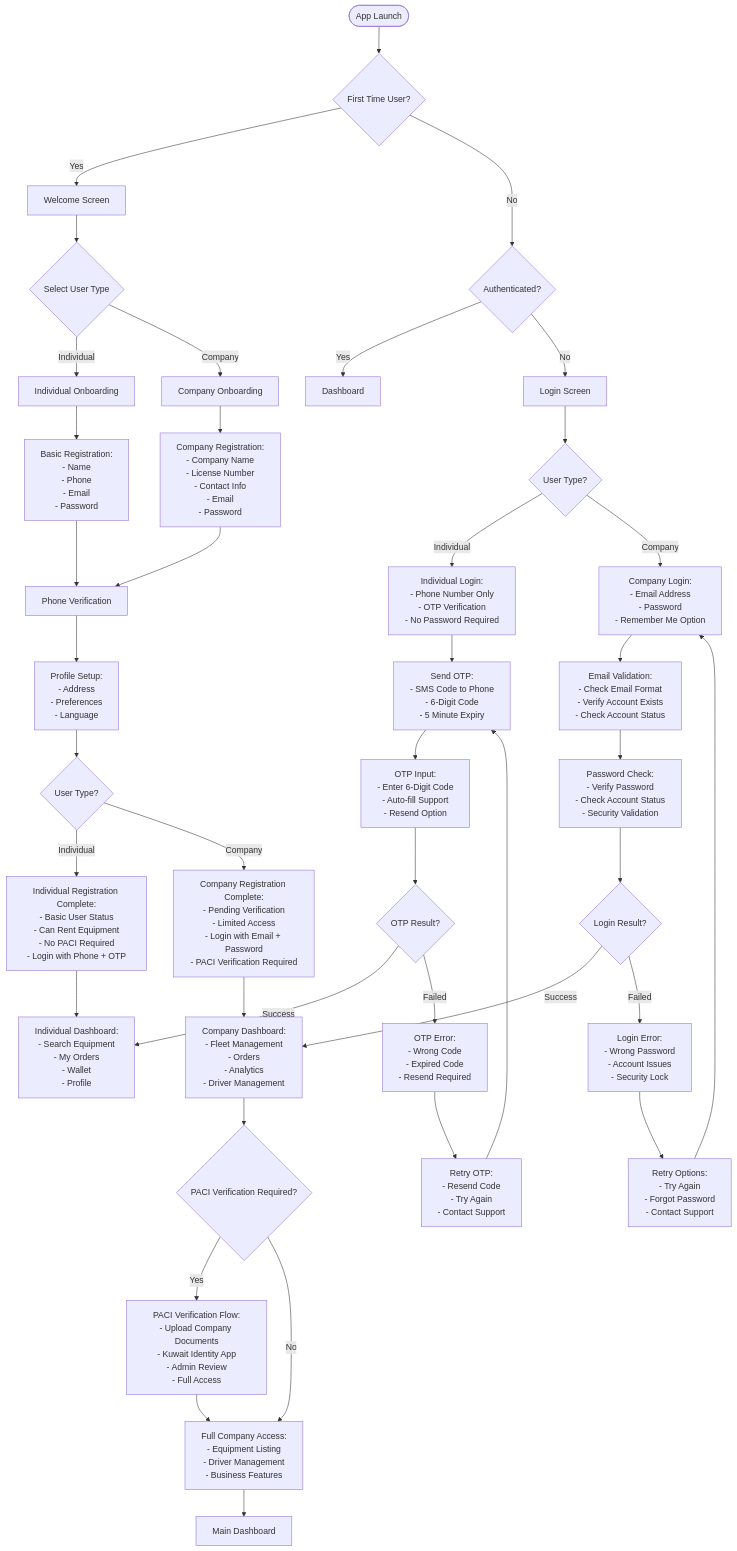
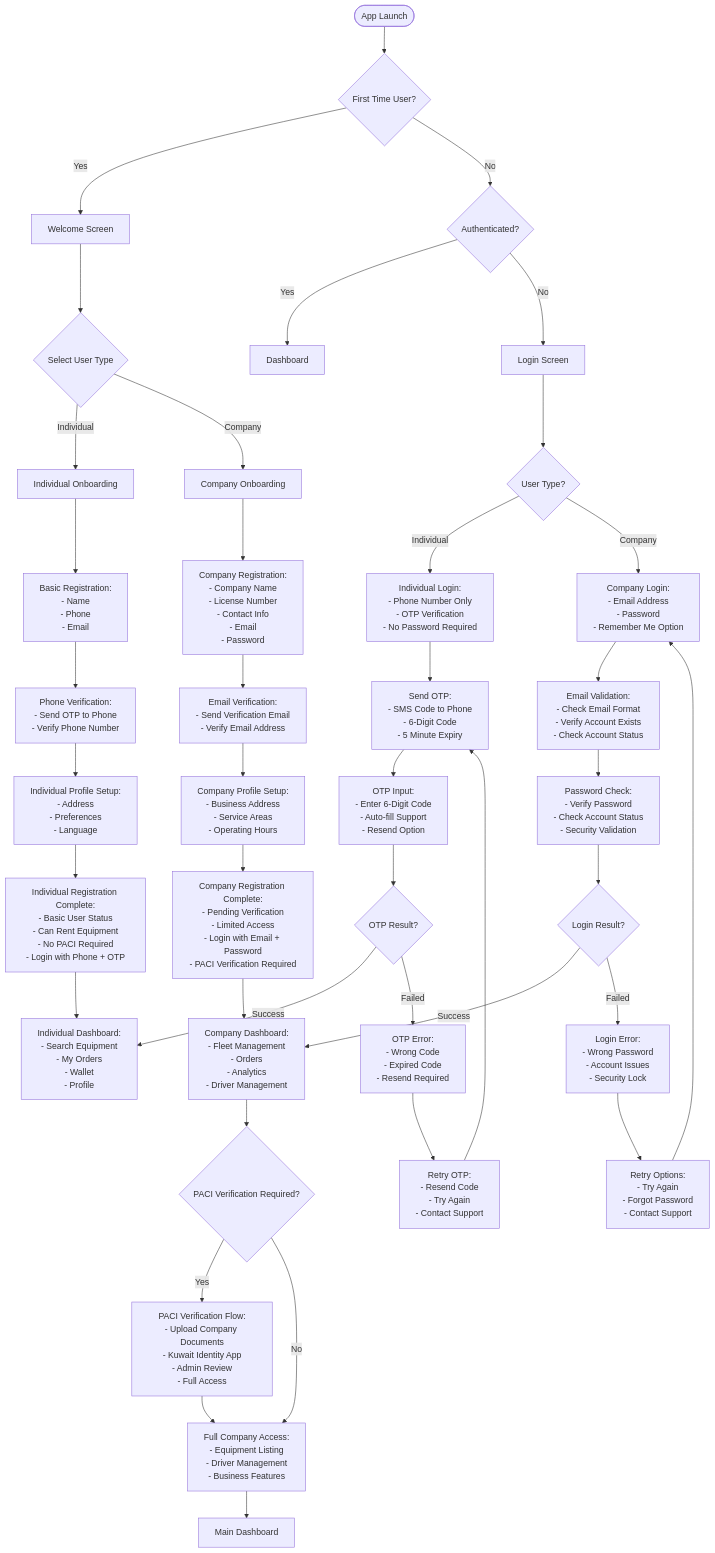
One commit to engaotb/YARDR changed the first of 25 diagrams in 04_User_Experience_Flows.md. Above: the diagram before and after it, drawn with Mermaid.

Commit message:
Fix verification process - separate for individuals and companies
- Individual Users: Phone verification only (no email verification)
- Company Users: Email verification only (no phone verification)
- Removed password from individual registration
- Clear separation of verification processes
- Individual: Phone + OTP → Profile Setup → Complete
- Company: Email + Password → Email Verification → Profile Setup → Complete
- Fixed flow logic to match actual requirements

````diff
--- a/04_User_Experience_Flows.md
+++ b/04_User_Experience_Flows.md
@@ -36,62 +36,62 @@
 ```mermaid
 flowchart TD
     Start([App Launch]) --> FirstTime{First Time User?}
     
     FirstTime -->|Yes| Welcome[Welcome Screen]
     FirstTime -->|No| AuthCheck{Authenticated?}
     
     Welcome --> UserType{Select User Type}
     UserType -->|Individual| IndividualOnboarding[Individual Onboarding]
     UserType -->|Company| CompanyOnboarding[Company Onboarding]
     
-    IndividualOnboarding --> BasicRegistration[Basic Registration:<br/>- Name<br/>- Phone<br/>- Email<br/>- Password]
+    IndividualOnboarding --> BasicRegistration[Basic Registration:<br/>- Name<br/>- Phone<br/>- Email]
     CompanyOnboarding --> CompanyRegistration[Company Registration:<br/>- Company Name<br/>- License Number<br/>- Contact Info<br/>- Email<br/>- Password]
     
-    BasicRegistration --> PhoneVerification[Phone Verification]
-    CompanyRegistration --> PhoneVerification
+    BasicRegistration --> PhoneVerification[Phone Verification:<br/>- Send OTP to Phone<br/>- Verify Phone Number]
+    CompanyRegistration --> EmailVerification[Email Verification:<br/>- Send Verification Email<br/>- Verify Email Address]
     
-    PhoneVerification --> ProfileSetup[Profile Setup:<br/>- Address<br/>- Preferences<br/>- Language]
+    PhoneVerification --> IndividualProfileSetup[Individual Profile Setup:<br/>- Address<br/>- Preferences<br/>- Language]
+    EmailVerification --> CompanyProfileSetup[Company Profile Setup:<br/>- Business Address<br/>- Service Areas<br/>- Operating Hours]
     
-    ProfileSetup --> UserTypeCheck{User Type?}
-    UserTypeCheck -->|Individual| IndividualComplete[Individual Registration Complete:<br/>- Basic User Status<br/>- Can Rent Equipment<br/>- No PACI Required<br/>- Login with Phone + OTP]
-    UserTypeCheck -->|Company| CompanyComplete[Company Registration Complete:<br/>- Pending Verification<br/>- Limited Access<br/>- Login with Email + Password<br/>- PACI Verification Required]
+    IndividualProfileSetup --> IndividualComplete[Individual Registration Complete:<br/>- Basic User Status<br/>- Can Rent Equipment<br/>- No PACI Required<br/>- Login with Phone + OTP]
+    CompanyProfileSetup --> CompanyComplete[Company Registration Complete:<br/>- Pending Verification<br/>- Limited Access<br/>- Login with Email + Password<br/>- PACI Verification Required]
     
     IndividualComplete --> IndividualDashboard[Individual Dashboard:<br/>- Search Equipment<br/>- My Orders<br/>- Wallet<br/>- Profile Settings]
     CompanyComplete --> CompanyDashboard[Company Dashboard:<br/>- Pending Verification<br/>- Upload Documents<br/>- PACI Verification<br/>- Limited Features]
     
     CompanyDashboard --> PACIRequired{PACI Verification Required?}
     PACIRequired -->|Yes| PACIFlow[PACI Verification Flow:<br/>- Upload Company Documents<br/>- Kuwait Identity App<br/>- Admin Review<br/>- Full Access]
     PACIRequired -->|No| FullCompanyAccess[Full Company Access:<br/>- Equipment Listing<br/>- Driver Management<br/>- Business Features]
     
     PACIFlow --> FullCompanyAccess
     FullCompanyAccess --> MainDashboard[Main Dashboard]
     
     AuthCheck -->|Yes| Dashboard
     AuthCheck -->|No| Login[Login Screen]
     Login --> UserTypeLogin{User Type?}
     UserTypeLogin -->|Individual| IndividualLogin[Individual Login:<br/>- Phone Number Only<br/>- OTP Verification<br/>- No Password Required]
     UserTypeLogin -->|Company| CompanyLogin[Company Login:<br/>- Email Address<br/>- Password<br/>- Remember Me Option]
     
     IndividualLogin --> SendOTP[Send OTP:<br/>- SMS Code to Phone<br/>- 6-Digit Code<br/>- 5 Minute Expiry]
     
     CompanyLogin --> EmailValidation[Email Validation:<br/>- Check Email Format<br/>- Verify Account Exists<br/>- Check Account Status]
     
     SendOTP --> OTPInput[OTP Input:<br/>- Enter 6-Digit Code<br/>- Auto-fill Support<br/>- Resend Option]
     
     EmailValidation --> PasswordCheck[Password Check:<br/>- Verify Password<br/>- Check Account Status<br/>- Security Validation]
     
     OTPInput --> OTPResult{OTP Result?}
     PasswordCheck --> LoginResult{Login Result?}
     
     OTPResult -->|Success| IndividualDashboard[Individual Dashboard:<br/>- Search Equipment<br/>- My Orders<br/>- Wallet<br/>- Profile]
     OTPResult -->|Failed| OTPError[OTP Error:<br/>- Wrong Code<br/>- Expired Code<br/>- Resend Required]
     
     LoginResult -->|Success| CompanyDashboard[Company Dashboard:<br/>- Fleet Management<br/>- Orders<br/>- Analytics<br/>- Driver Management]
     LoginResult -->|Failed| LoginError[Login Error:<br/>- Wrong Password<br/>- Account Issues<br/>- Security Lock]
     
     LoginError --> RetryOptions[Retry Options:<br/>- Try Again<br/>- Forgot Password<br/>- Contact Support]
     OTPError --> RetryOTP[Retry OTP:<br/>- Resend Code<br/>- Try Again<br/>- Contact Support]
     
     RetryOptions --> CompanyLogin
     RetryOTP --> SendOTP
 ```
````
